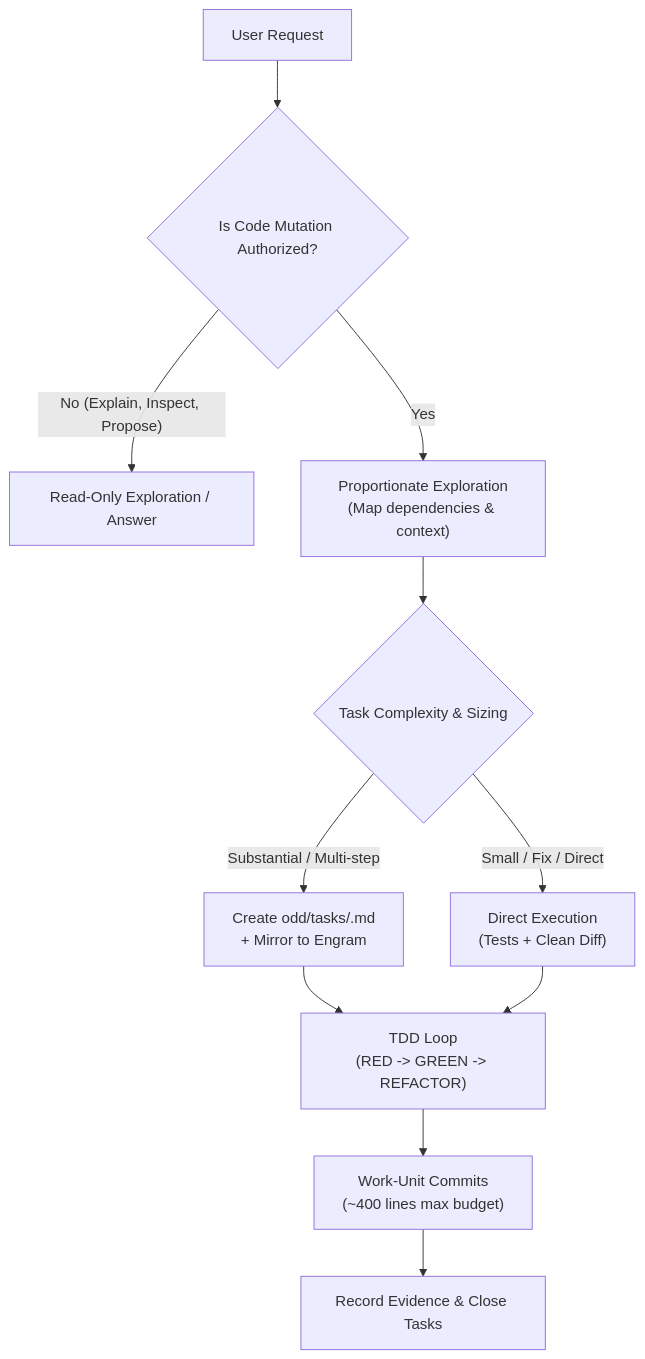
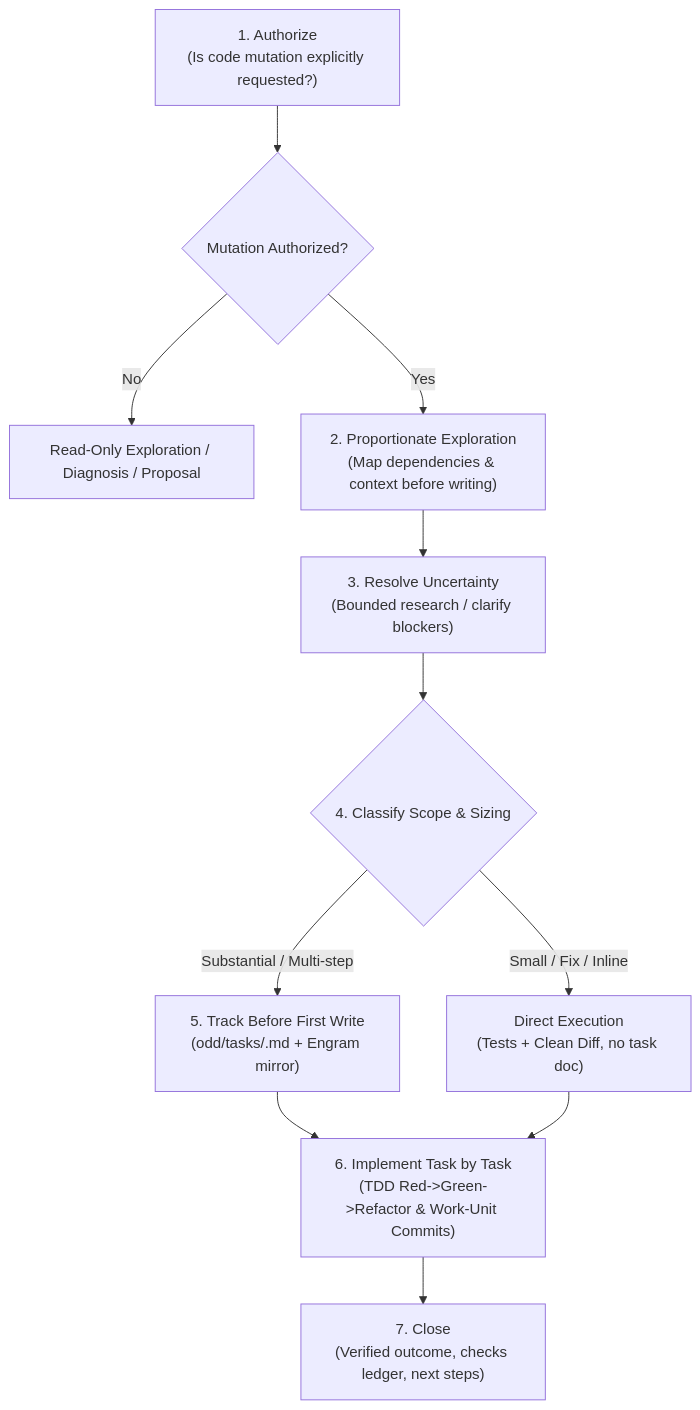
The diagram in odd/README.md (aleocampodev/SMS-Smart-Medicine-Scheduler), drawn with Mermaid before and after one commit. The commit also changed other lines of this file and 1 other file, not shown here.

Commit message:
docs(workflow): align ODD specification with exact Gentle-AI v4.3 contract

````diff
--- a/odd/README.md
+++ b/odd/README.md
@@ -13,13 +17,13 @@
 ```mermaid
 flowchart TD
-    A["User Request"] --> B{"Is Code Mutation Authorized?"}
-    B -- "No (Explain, Inspect, Propose)" --> C["Read-Only Exploration / Answer"]
-    B -- "Yes" --> D["Proportionate Exploration\n(Map dependencies & context)"]
-    D --> E{"Task Complexity & Sizing"}
-    E -- "Small / Fix / Direct" --> F["Direct Execution\n(Tests + Clean Diff)"]
-    E -- "Substantial / Multi-step" --> G["Create odd/tasks/<feature>.md\n+ Mirror to Engram"]
-    G --> H["TDD Loop\n(RED -> GREEN -> REFACTOR)"]
-    F --> H
-    H --> I["Work-Unit Commits\n(~400 lines max budget)"]
-    I --> J["Record Evidence & Close Tasks"]
+    A["1. Authorize\n(Is code mutation explicitly requested?)"] --> B{"Mutation Authorized?"}
+    B -- "No" --> C["Read-Only Exploration / Diagnosis / Proposal"]
+    B -- "Yes" --> D["2. Proportionate Exploration\n(Map dependencies & context before writing)"]
+    D --> E["3. Resolve Uncertainty\n(Bounded research / clarify blockers)"]
+    E --> F{"4. Classify Scope & Sizing"}
+    F -- "Small / Fix / Inline" --> G["Direct Execution\n(Tests + Clean Diff, no task doc)"]
+    F -- "Substantial / Multi-step" --> H["5. Track Before First Write\n(odd/tasks/<feature>.md + Engram mirror)"]
+    H --> I["6. Implement Task by Task\n(TDD Red->Green->Refactor & Work-Unit Commits)"]
+    G --> I
+    I --> J["7. Close\n(Verified outcome, checks ledger, next steps)"]
 ```
````
